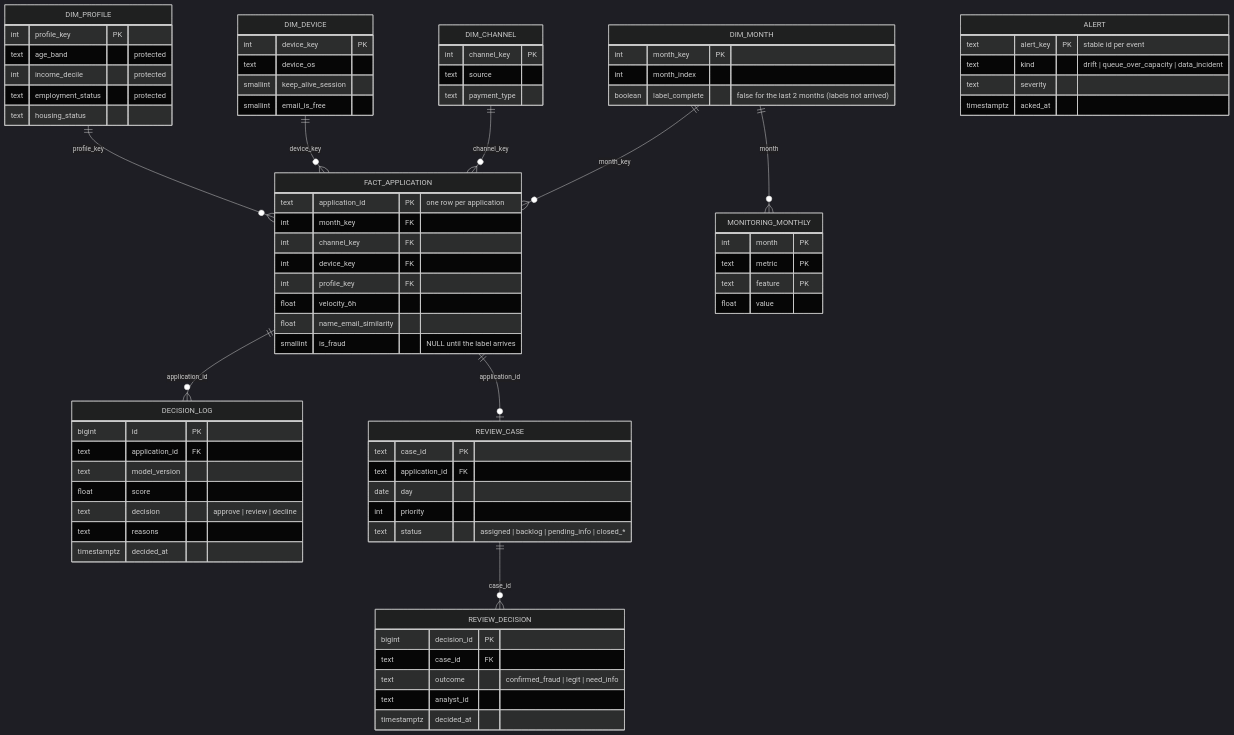
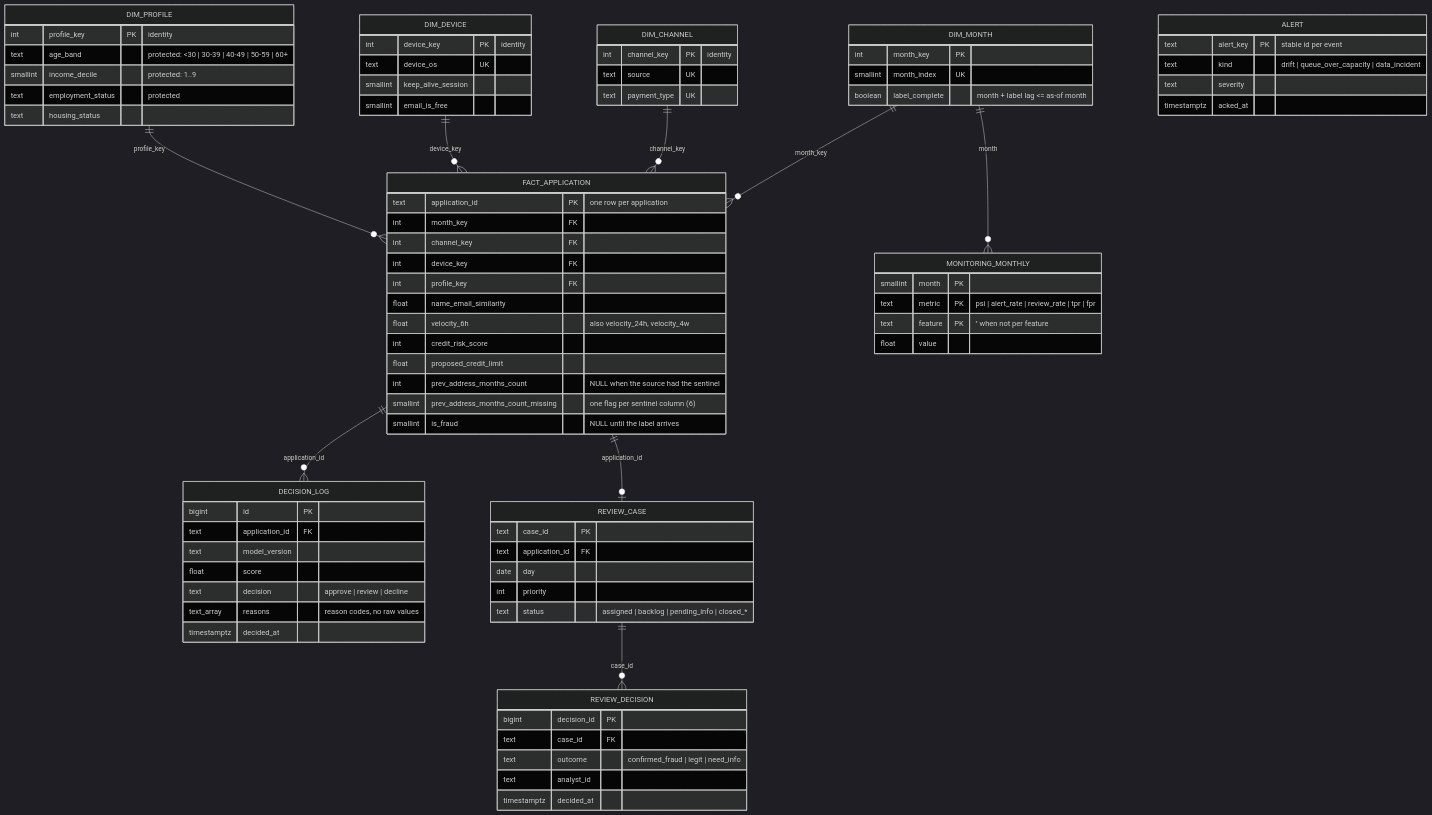
Before and after one commit to Agathahah/sigap: the diagram in docs/01_ERD.md, drawn with Mermaid (dark theme). The commit also changed other lines of this file and 11 other files, not shown here.

Commit message:
Phase 3: Spark bronze/silver, Postgres star schema and warehouse checks

```diff
--- a/docs/01_ERD.md
+++ b/docs/01_ERD.md
@@ -17,24 +18,24 @@
 
     DIM_MONTH {
         int month_key PK
-        int month_index
-        boolean label_complete "false for the last 2 months (labels not arrived)"
+        smallint month_index UK
+        boolean label_complete "month + label lag <= as-of month"
     }
     DIM_CHANNEL {
-        int channel_key PK
-        text source
-        text payment_type
+        int channel_key PK "identity"
+        text source UK
+        text payment_type UK
     }
     DIM_DEVICE {
-        int device_key PK
-        text device_os
+        int device_key PK "identity"
+        text device_os UK
         smallint keep_alive_session
         smallint email_is_free
     }
     DIM_PROFILE {
-        int profile_key PK
-        text age_band "protected"
-        int income_decile "protected"
+        int profile_key PK "identity"
+        text age_band "protected: <30 | 30-39 | 40-49 | 50-59 | 60+"
+        smallint income_decile "protected: 1..9"
         text employment_status "protected"
         text housing_status
     }
@@ -44,8 +45,12 @@
         int channel_key FK
         int device_key FK
         int profile_key FK
-        float velocity_6h
         float name_email_similarity
+        float velocity_6h "also velocity_24h, velocity_4w"
+        int credit_risk_score
+        float proposed_credit_limit
+        int prev_address_months_count "NULL when the source had the sentinel"
+        smallint prev_address_months_count_missing "one flag per sentinel column (6)"
         smallint is_fraud "NULL until the label arrives"
     }
     DECISION_LOG {
@@ -54,13 +59,13 @@
         text model_version
         float score
         text decision "approve | review | decline"
-        text reasons
+        text_array reasons "reason codes, no raw values"
         timestamptz decided_at
     }
     MONITORING_MONTHLY {
-        int month PK
-        text metric PK
-        text feature PK
+        smallint month PK
+        text metric PK "psi | alert_rate | review_rate | tpr | fpr"
+        text feature PK "'' when not per feature"
         float value
     }
     REVIEW_CASE {
```
